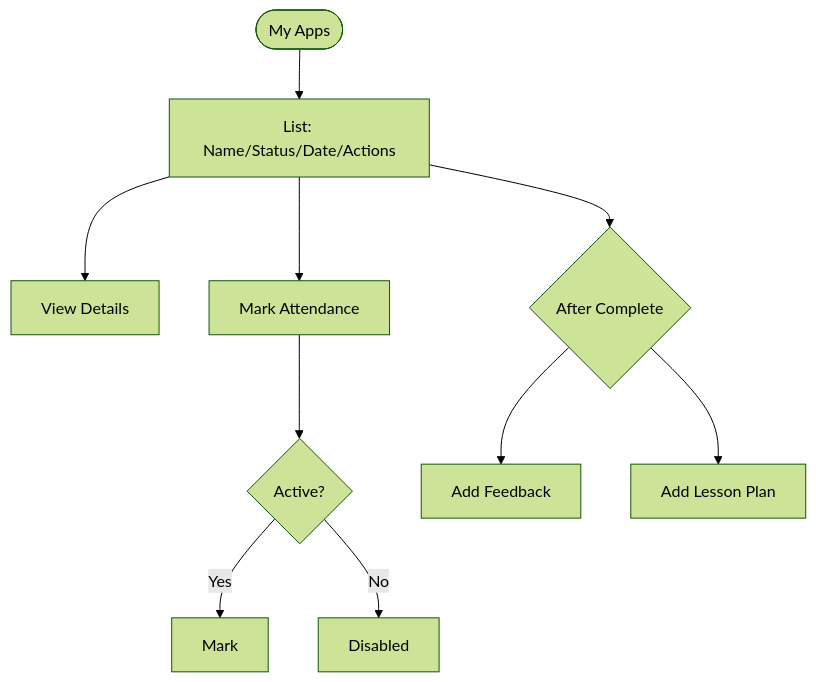
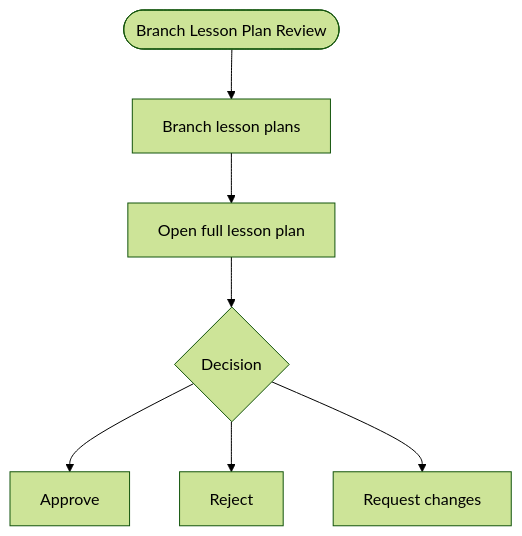
Diagram 16 of 27 in TRAINING_CALENDAR_FLOW_DIAGRAMS.md (gunjangupta-gh/placeintern), drawn with Mermaid (forest theme) before and after one commit. The commit also changed other lines of this file and 1 other file, not shown here.

Commit message:
feat: add timezone handling for attendance date resolution in TrainingAttendanceService

````diff
--- a/TRAINING_CALENDAR_FLOW_DIAGRAMS.md
+++ b/TRAINING_CALENDAR_FLOW_DIAGRAMS.md
@@ -273,11 +237,9 @@
 ```mermaid
 flowchart TD
-    A([My Apps])-->B[List: Name/Status/Date/Actions]
-    B-->C[View Details]
-    B-->D[Mark Attendance]-->E{Active?}
-    E-->|Yes|F[Mark]
-    E-->|No|G[Disabled]
-    B-->H{After Complete}
-    H-->I[Add Feedback]
-    H-->J[Add Lesson Plan]
+    A([Branch Lesson Plan Review]) --> B[Branch lesson plans]
+    B --> C[Open full lesson plan]
+    C --> D{Decision}
+    D --> E[Approve]
+    D --> F[Reject]
+    D --> G[Request changes]
 ```
````
